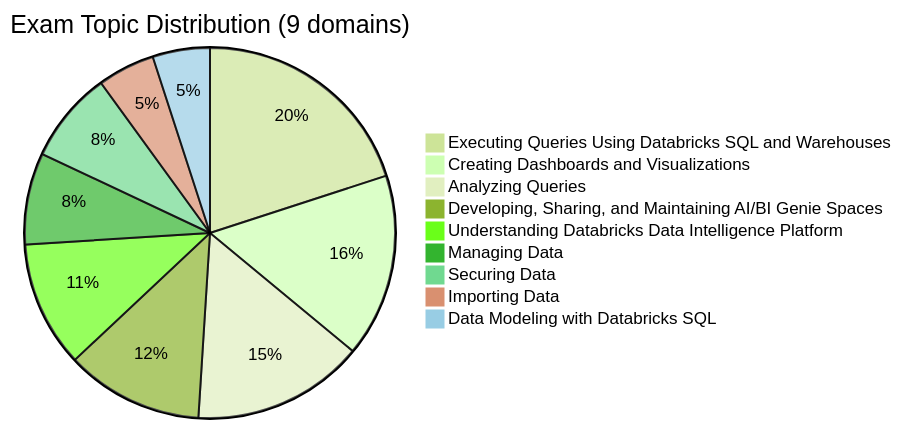
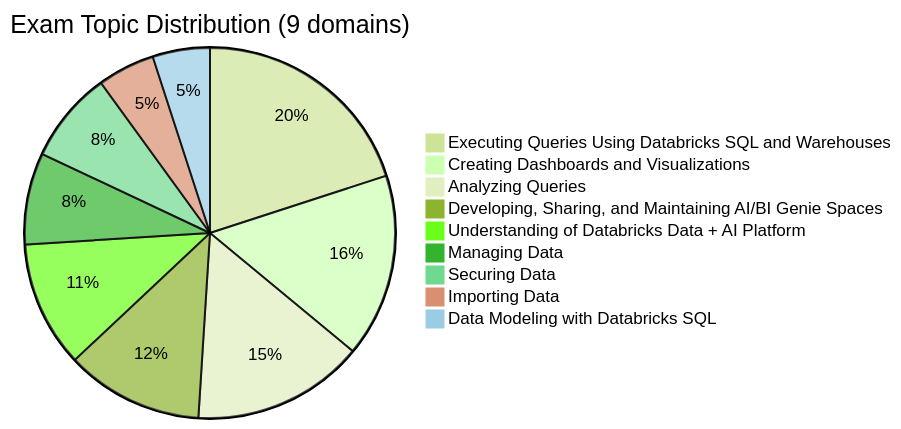
The diagram in certifications/data-analyst-associate/README.md (kengio/databricks-certification-study-guide), drawn with Mermaid (forest theme) before and after one commit. The commit also changed other lines of this file and 66 other files, not shown here.

````diff
--- a/certifications/data-analyst-associate/README.md
+++ b/certifications/data-analyst-associate/README.md
@@ -43,12 +55,12 @@
 ```mermaid
 pie title Exam Topic Distribution (9 domains)
     "Executing Queries Using Databricks SQL and Warehouses" : 20
     "Creating Dashboards and Visualizations" : 16
     "Analyzing Queries" : 15
     "Developing, Sharing, and Maintaining AI/BI Genie Spaces" : 12
-    "Understanding Databricks Data Intelligence Platform" : 11
+    "Understanding of Databricks Data + AI Platform" : 11
     "Managing Data" : 8
     "Securing Data" : 8
     "Importing Data" : 5
     "Data Modeling with Databricks SQL" : 5
 ```
````
